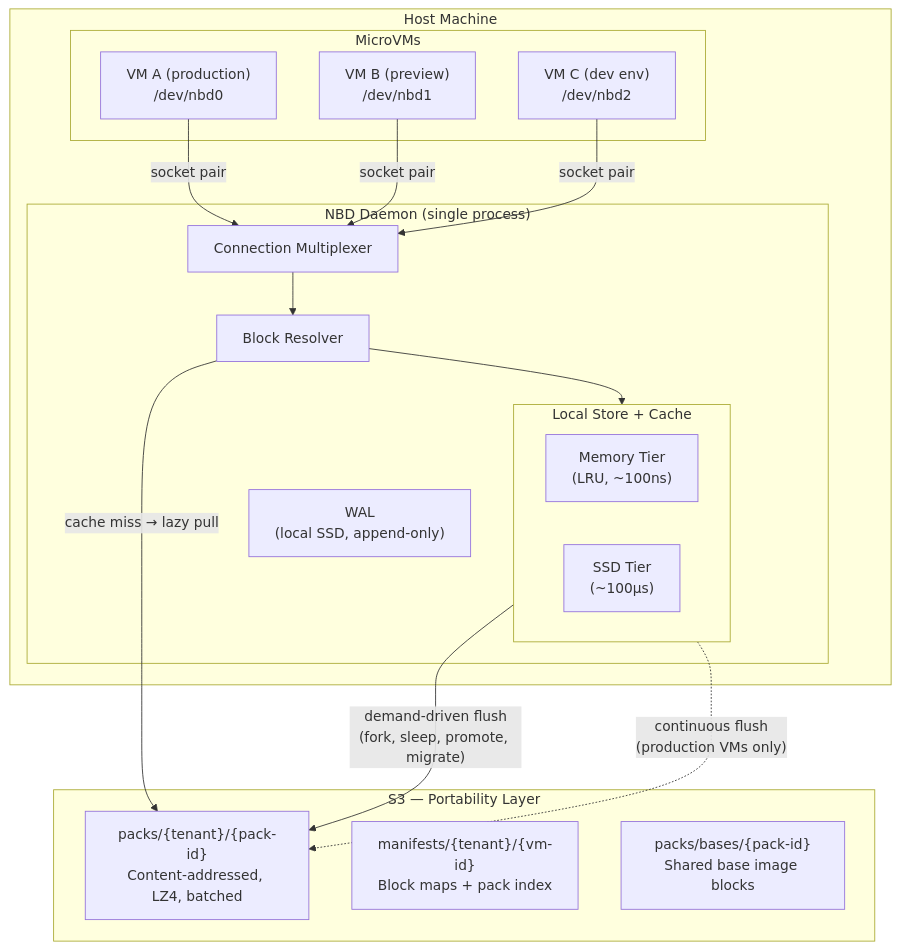
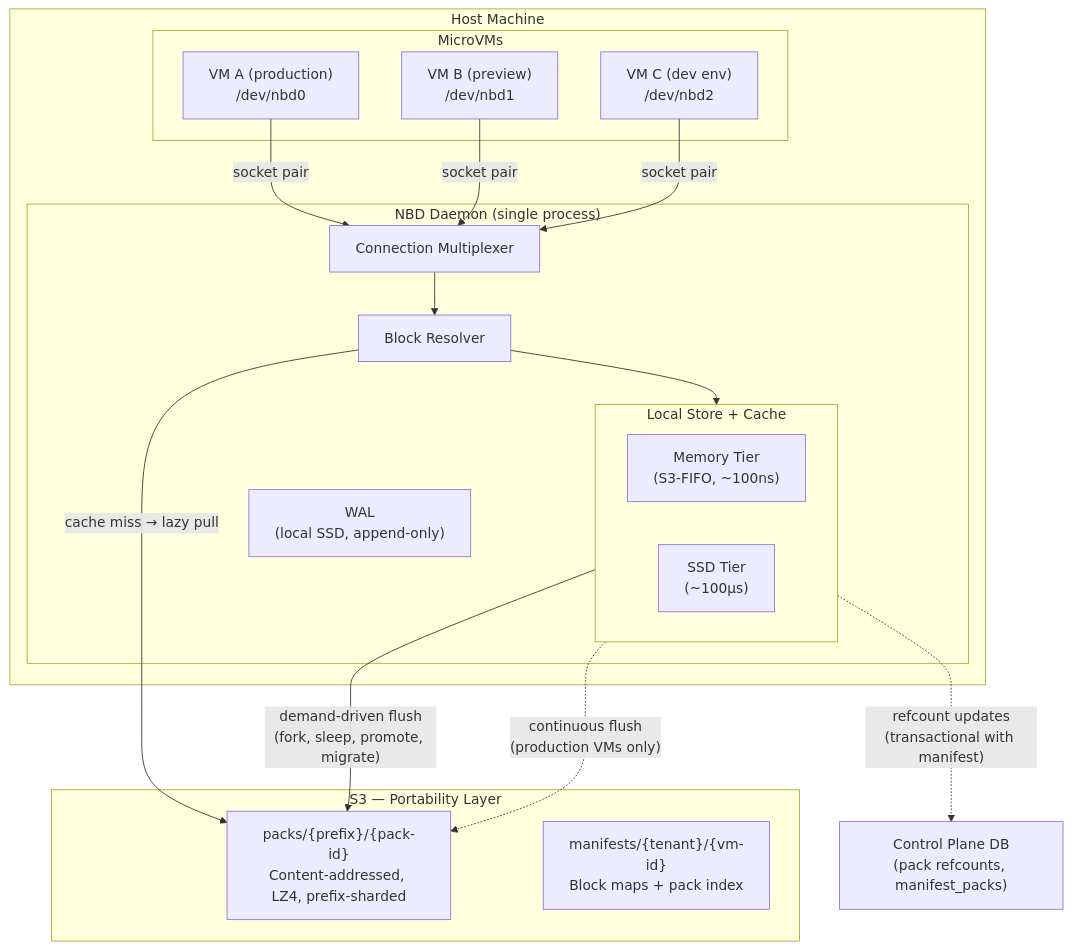
One commit to paraglidehq/glidefs changed the first of 13 diagrams in GLIDEv2.md. Above: the diagram before and after it, drawn with Mermaid. The commit also changed other lines of this file and 1 other file, not shown here.

````diff
--- a/GLIDEv2.md
+++ b/GLIDEv2.md
@@ -59,36 +57,38 @@
 ```mermaid
 graph TB
     subgraph Host["Host Machine"]
         subgraph VMs["MicroVMs"]
             VM1["VM A (production)<br/>/dev/nbd0"]
             VM2["VM B (preview)<br/>/dev/nbd1"]
             VM3["VM C (dev env)<br/>/dev/nbd2"]
         end
 
         subgraph NBD["NBD Daemon (single process)"]
             MUX["Connection Multiplexer"]
             BR["Block Resolver"]
             WAL["WAL<br/>(local SSD, append-only)"]
             subgraph CACHE["Local Store + Cache"]
-                MEM["Memory Tier<br/>(LRU, ~100ns)"]
+                MEM["Memory Tier<br/>(S3-FIFO, ~100ns)"]
                 SSD["SSD Tier<br/>(~100μs)"]
             end
         end
 
         VM1 -->|"socket pair"| MUX
         VM2 -->|"socket pair"| MUX
         VM3 -->|"socket pair"| MUX
         MUX --> BR
         BR --> CACHE
     end
 
     subgraph S3["S3 — Portability Layer"]
-        PACKS["packs/{tenant}/{pack-id}<br/>Content-addressed, LZ4, batched"]
+        PACKS["packs/{prefix}/{pack-id}<br/>Content-addressed, LZ4, prefix-sharded"]
         MANIFESTS["manifests/{tenant}/{vm-id}<br/>Block maps + pack index"]
-        BASES["packs/bases/{pack-id}<br/>Shared base image blocks"]
     end
+
+    DB["Control Plane DB<br/>(pack refcounts, manifest_packs)"]
 
     CACHE -->|"demand-driven flush<br/>(fork, sleep, promote, migrate)"| PACKS
     BR -->|"cache miss → lazy pull"| PACKS
     CACHE -.->|"continuous flush<br/>(production VMs only)"| PACKS
+    CACHE -.->|"refcount updates<br/>(transactional with manifest)"| DB
 ```
````
